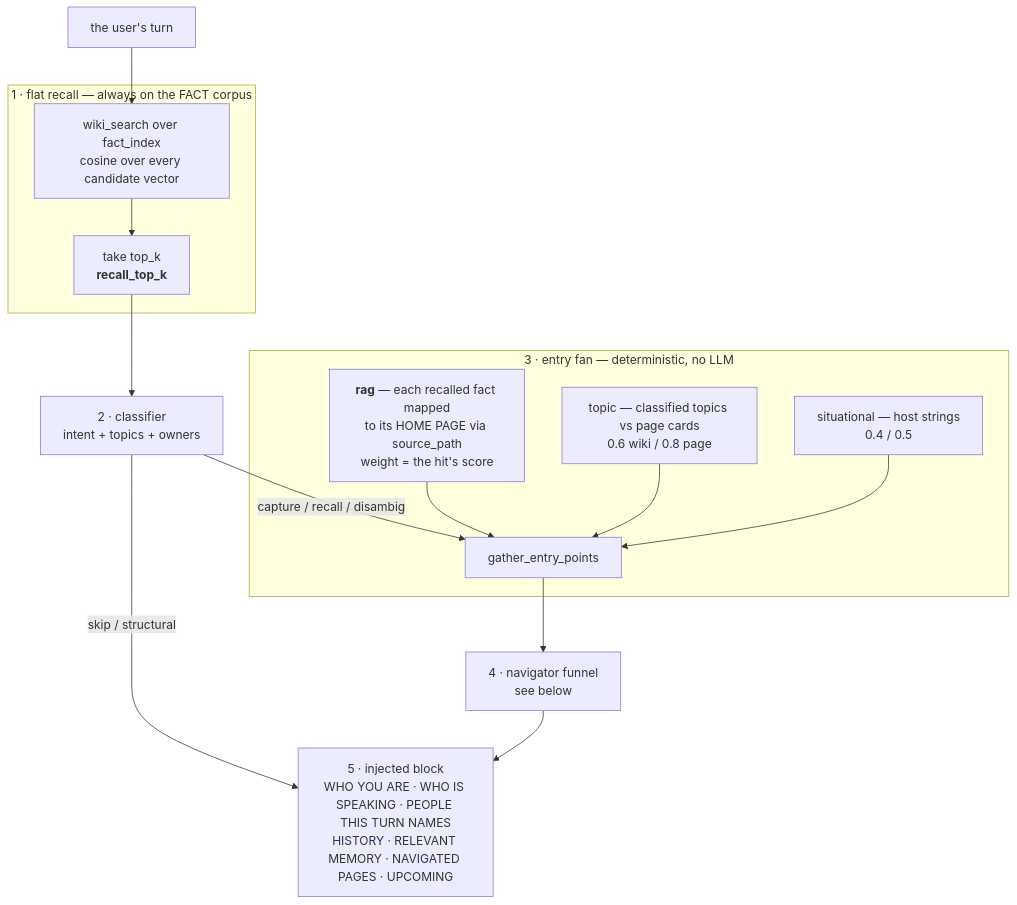
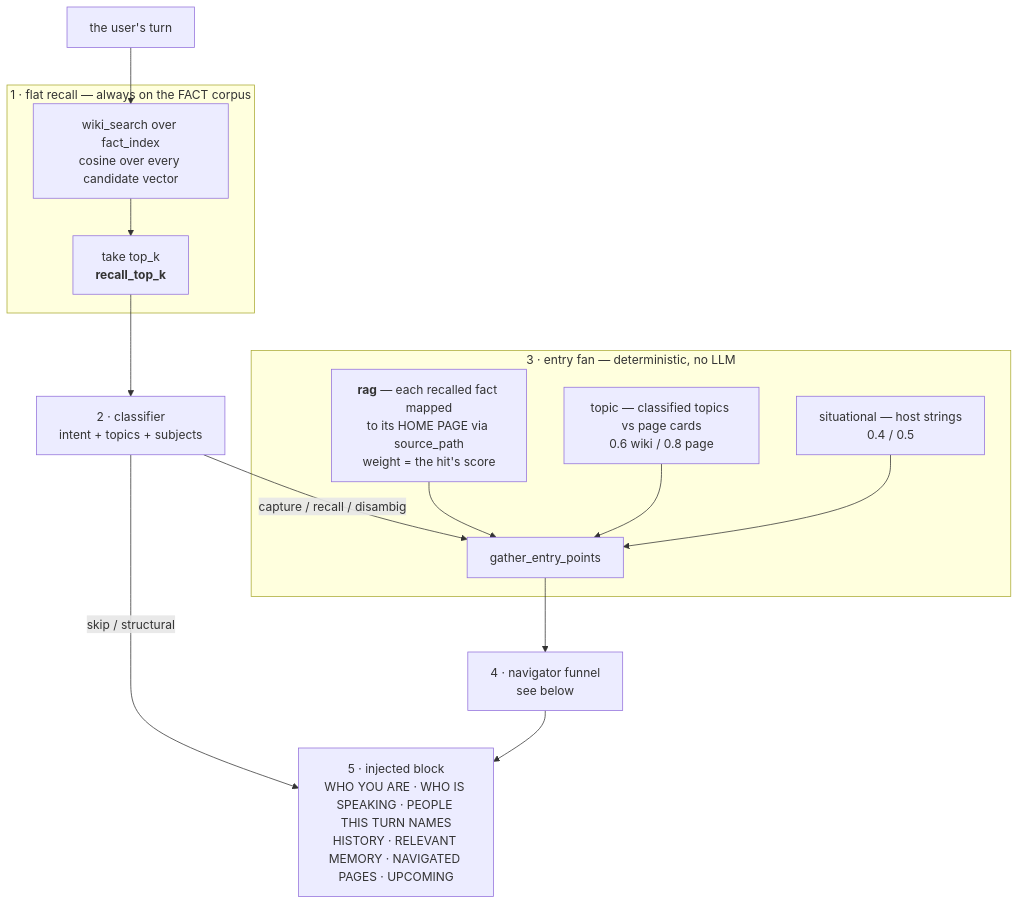
The first of 2 diagrams in docs/design-notes/recall-pipeline.md (Fr4nZ82/mwe-mcp), drawn with Mermaid before and after one commit. The commit also changed other lines of this file and 117 other files, not shown here.

````diff
--- a/docs/design-notes/recall-pipeline.md
+++ b/docs/design-notes/recall-pipeline.md
@@ -48,23 +48,23 @@
 ```mermaid
 flowchart TB
     T["the user's turn"] --> RAG
 
     subgraph P1["1 · flat recall — always on the FACT corpus"]
         RAG["wiki_search over fact_index<br/>cosine over every candidate vector"]
         RAG --> TOPK["take top_k<br/><b>recall_top_k</b>"]
     end
 
-    TOPK --> CLS["2 · classifier<br/>intent + topics + owners"]
+    TOPK --> CLS["2 · classifier<br/>intent + topics + subjects"]
     CLS -->|"capture / recall / disambig"| FAN
     CLS -->|"skip / structural"| BLOCK
 
     subgraph P3["3 · entry fan — deterministic, no LLM"]
         FAN["gather_entry_points"]
         S2["<b>rag</b> — each recalled fact mapped<br/>to its HOME PAGE via source_path<br/>weight = the hit's score"] --> FAN
         S3["topic — classified topics vs page cards<br/>0.6 wiki / 0.8 page"] --> FAN
         S4["situational — host strings<br/>0.4 / 0.5"] --> FAN
     end
 
     FAN --> NAV["4 · navigator funnel<br/>see below"]
     NAV --> BLOCK["5 · injected block<br/>WHO YOU ARE · WHO IS SPEAKING · PEOPLE THIS TURN NAMES<br/>HISTORY · RELEVANT MEMORY · NAVIGATED PAGES · UPCOMING"]
 ```
````
